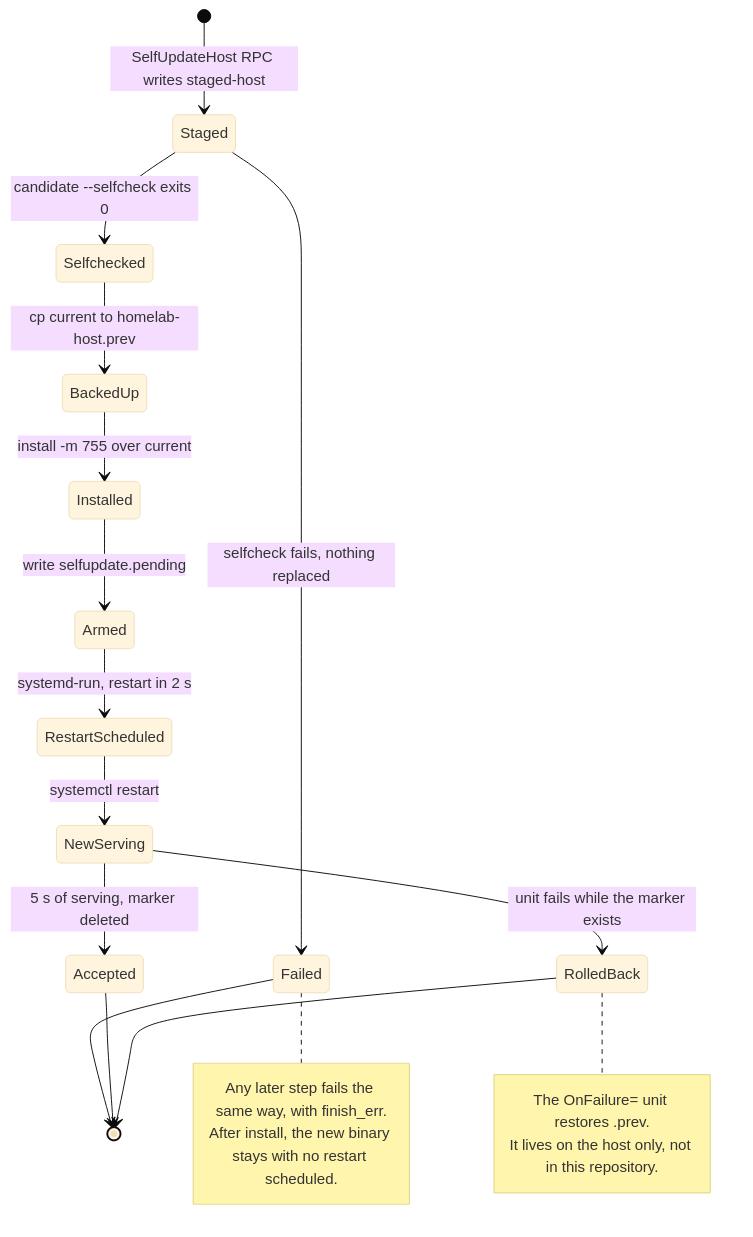
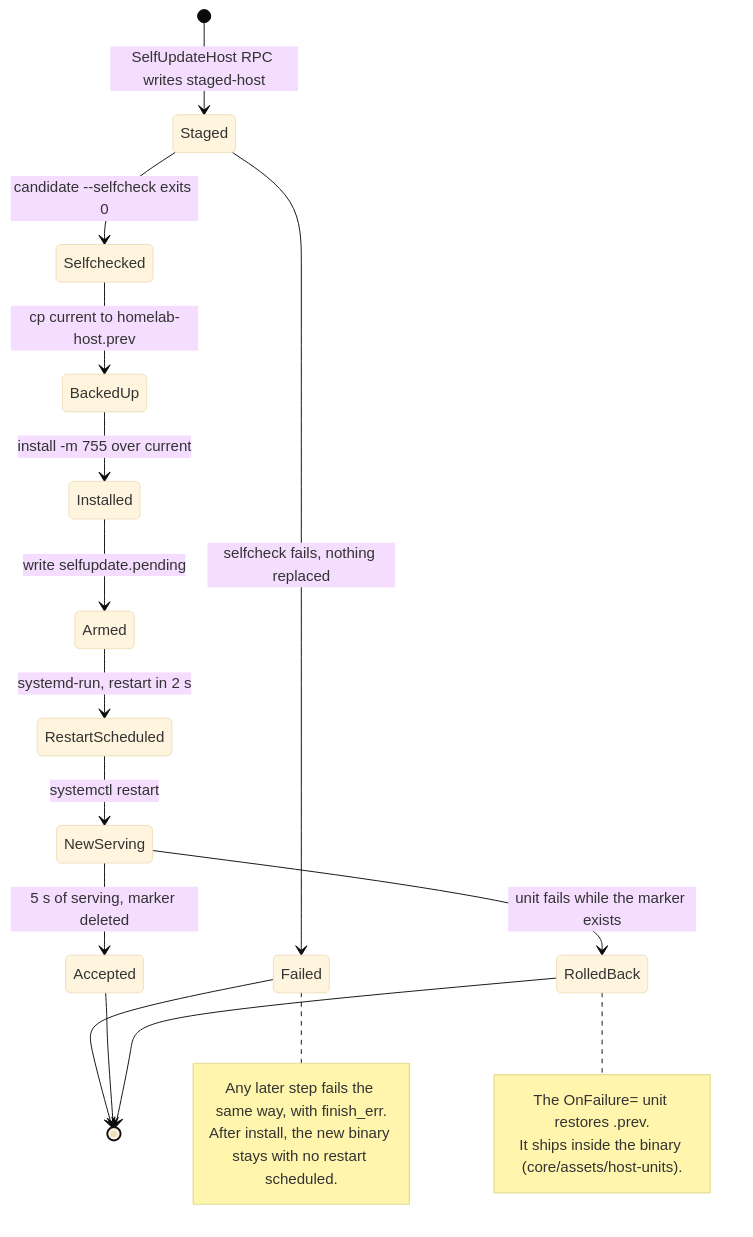
One commit to kennypassenier/homelab changed the fifth of 5 diagrams in docs/ARCHITECTURE_REFERENCE.md. Above: the diagram before and after it, drawn with Mermaid (base theme). The commit also changed 16 other files, not shown here.

First line of the commit message:
fix: ship the daemon's systemd units inside the binary [fix-47]

````diff
--- a/docs/ARCHITECTURE_REFERENCE.md
+++ b/docs/ARCHITECTURE_REFERENCE.md
@@ -413,25 +413,25 @@
 ```mermaid
 stateDiagram-v2
     direction TB
     [*] --> Staged: SelfUpdateHost RPC writes staged-host
     Staged --> Failed: selfcheck fails, nothing replaced
     Staged --> Selfchecked: candidate --selfcheck exits 0
     Selfchecked --> BackedUp: cp current to homelab-host.prev
     BackedUp --> Installed: install -m 755 over current
     Installed --> Armed: write selfupdate.pending
     Armed --> RestartScheduled: systemd-run, restart in 2 s
     RestartScheduled --> NewServing: systemctl restart
     NewServing --> Accepted: 5 s of serving, marker deleted
     NewServing --> RolledBack: unit fails while the marker exists
     Failed --> [*]
     Accepted --> [*]
     RolledBack --> [*]
     note right of Failed
         Any later step fails the same way, with finish_err.
         After install, the new binary stays with no restart scheduled.
     end note
     note right of RolledBack
         The OnFailure= unit restores .prev.
-        It lives on the host only, not in this repository.
+        It ships inside the binary (core/assets/host-units).
     end note
 ```
````
